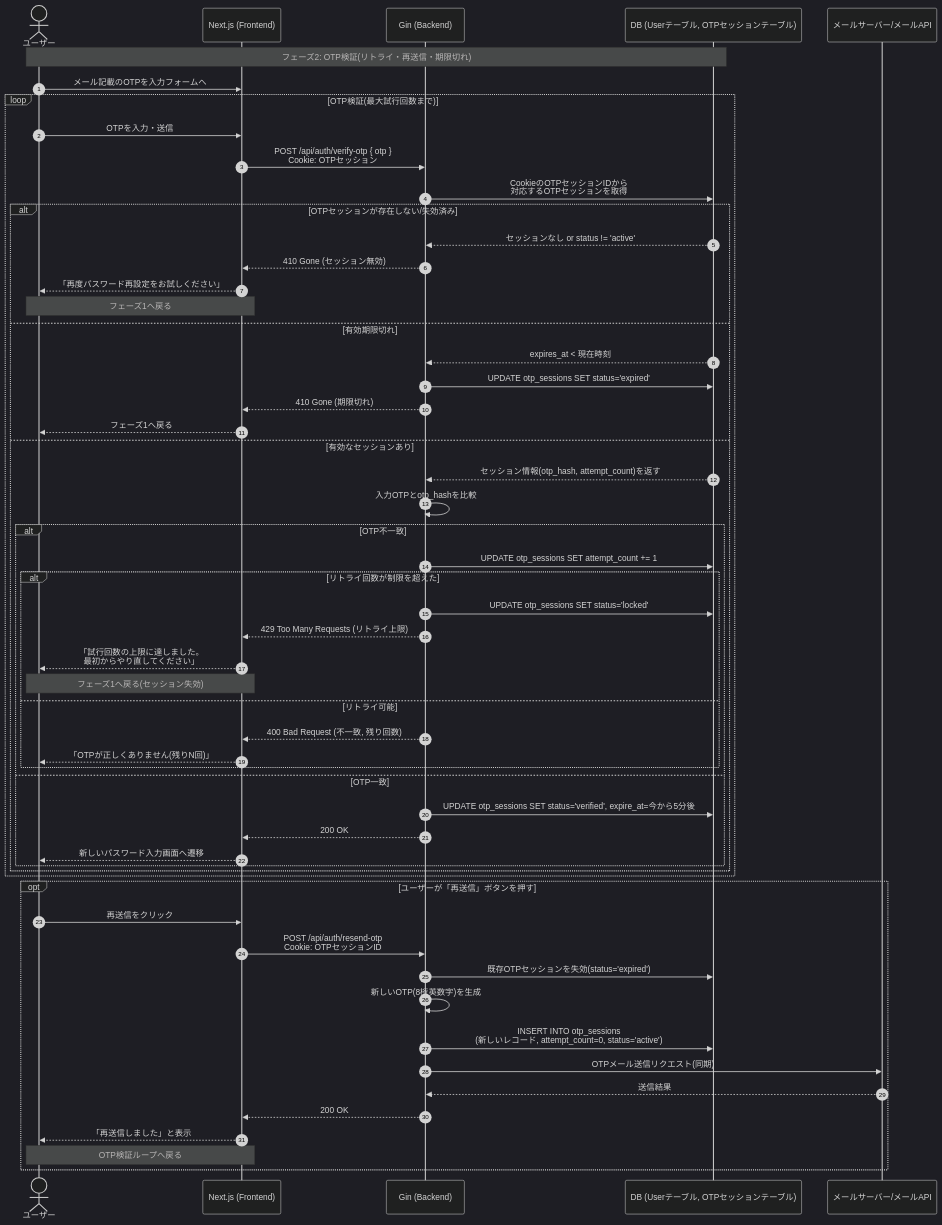
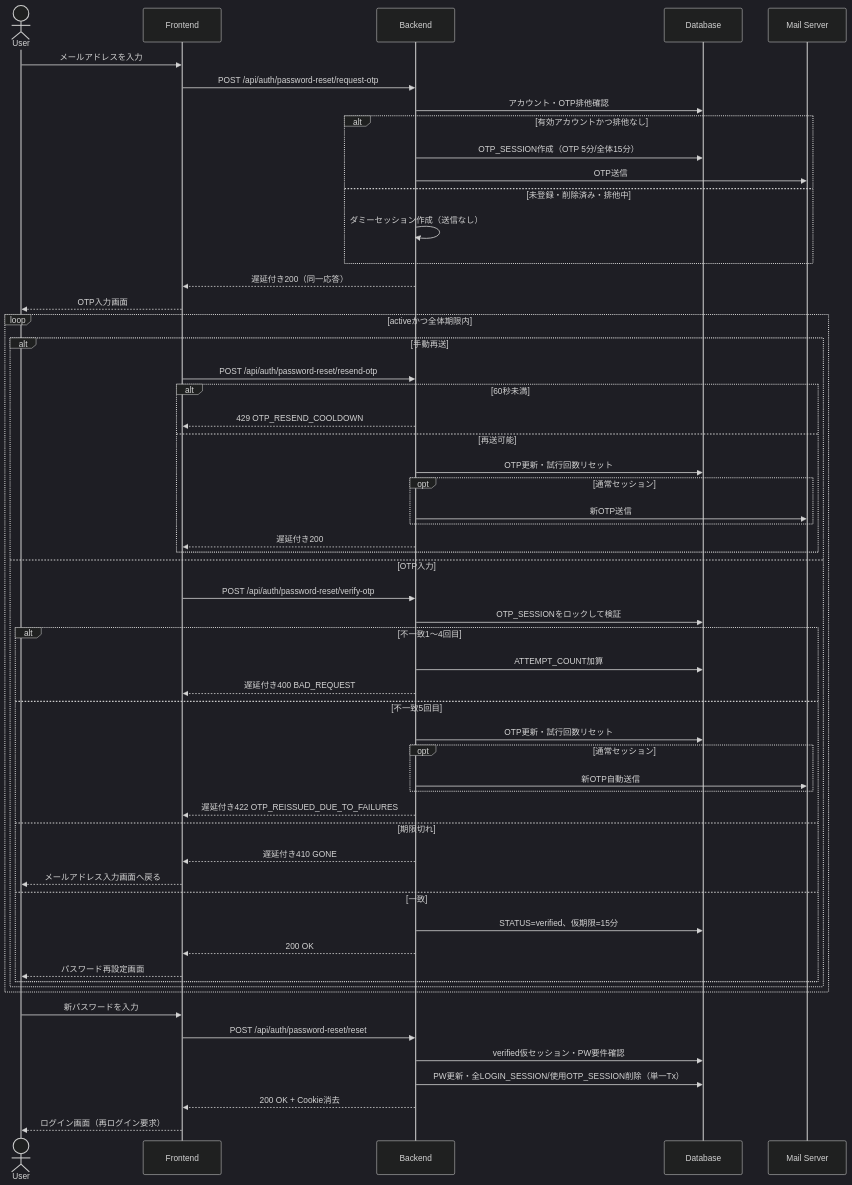
The diagram in docs/design/process_design/06_password_reset.md (TUS-TI-dev-team/SyncTask), drawn with Mermaid (dark theme) before and after one commit. The commit also changed other lines of this file and 7 other files, not shown here.

````diff
--- a/docs/design/process_design/06_password_reset.md
+++ b/docs/design/process_design/06_password_reset.md
@@ -50,64 +94,62 @@
 ```mermaid
 sequenceDiagram
-	autonumber
-	actor User as ユーザー
-	participant FE as Next.js (Frontend)
-	participant BE as Gin (Backend)
-	participant DB as DB (Userテーブル, OTPセッションテーブル)
-	participant Mail as メールサーバー/メールAPI
+    actor User
+    participant FE as Frontend
+    participant BE as Backend
+    participant DB as Database
+    participant Mail as Mail Server
 
-	Note over User,DB: フェーズ2: OTP検証(リトライ・再送信・期限切れ)
-	User->>FE: メール記載のOTPを入力フォームへ
+    User->>FE: メールアドレスを入力
+    FE->>BE: POST /api/auth/password-reset/request-otp
+    BE->>DB: アカウント・OTP排他確認
+    alt 有効アカウントかつ排他なし
+        BE->>DB: OTP_SESSION作成（OTP 5分/全体15分）
+        BE->>Mail: OTP送信
+    else 未登録・削除済み・排他中
+        BE->>BE: ダミーセッション作成（送信なし）
+    end
+    BE-->>FE: 遅延付き200（同一応答）
+    FE-->>User: OTP入力画面
 
-	loop OTP検証(最大試行回数まで)
-		User->>FE: OTPを入力・送信
-		FE->>BE: POST /api/auth/verify-otp { otp } <br>Cookie: OTPセッション
-		BE->>DB: CookieのOTPセッションIDから<br>対応するOTPセッションを取得
+    loop activeかつ全体期限内
+        alt 手動再送
+            FE->>BE: POST /api/auth/password-reset/resend-otp
+            alt 60秒未満
+                BE-->>FE: 429 OTP_RESEND_COOLDOWN
+            else 再送可能
+                BE->>DB: OTP更新・試行回数リセット
+                opt 通常セッション
+                    BE->>Mail: 新OTP送信
+                end
+                BE-->>FE: 遅延付き200
+            end
+        else OTP入力
+            FE->>BE: POST /api/auth/password-reset/verify-otp
+            BE->>DB: OTP_SESSIONをロックして検証
+            alt 不一致1〜4回目
+                BE->>DB: ATTEMPT_COUNT加算
+                BE-->>FE: 遅延付き400 BAD_REQUEST
+            else 不一致5回目
+                BE->>DB: OTP更新・試行回数リセット
+                opt 通常セッション
+                    BE->>Mail: 新OTP自動送信
+                end
+                BE-->>FE: 遅延付き422 OTP_REISSUED_DUE_TO_FAILURES
+            else 期限切れ
+                BE-->>FE: 遅延付き410 GONE
+                FE-->>User: メールアドレス入力画面へ戻る
+            else 一致
+                BE->>DB: STATUS=verified、仮期限=15分
+                BE-->>FE: 200 OK
+                FE-->>User: パスワード再設定画面
+            end
+        end
+    end
 
-		alt OTPセッションが存在しない/失効済み
-			DB-->>BE: セッションなし or status != 'active'
-			BE-->>FE: 410 Gone (セッション無効)
-			FE-->>User: 「再度パスワード再設定をお試しください」
-			Note over User,FE: フェーズ1へ戻る
-		else 有効期限切れ
-			DB-->>BE: expires_at < 現在時刻
-			BE->>DB: UPDATE otp_sessions SET status='expired'
-			BE-->>FE: 410 Gone (期限切れ)
-			FE-->>User: フェーズ1へ戻る
-		else 有効なセッションあり
-			DB-->>BE: セッション情報(otp_hash, attempt_count)を返す
-			BE->>BE: 入力OTPとotp_hashを比較
-
-			alt OTP不一致
-				BE->>DB: UPDATE otp_sessions SET attempt_count += 1
-
-				alt リトライ回数が制限を超えた
-					BE->>DB: UPDATE otp_sessions SET status='locked'
-					BE-->>FE: 429 Too Many Requests (リトライ上限)
-					FE-->>User: 「試行回数の上限に達しました。<br/>最初からやり直してください」
-					Note over User,FE: フェーズ1へ戻る(セッション失効)
-				else リトライ可能
-					BE-->>FE: 400 Bad Request (不一致, 残り回数)
-					FE-->>User: 「OTPが正しくありません(残りN回)」
-				end
-			else OTP一致
-				BE->>DB: UPDATE otp_sessions SET status='verified', expire_at=今から5分後
-				BE-->>FE: 200 OK
-				FE-->>User: 新しいパスワード入力画面へ遷移
-			end
-		end
-	end
-
-	opt ユーザーが「再送信」ボタンを押す
-		User->>FE: 再送信をクリック
-		FE->>BE: POST /api/auth/resend-otp<br>Cookie: OTPセッションID
-		BE->>DB: 既存OTPセッションを失効(status='expired')
-		BE->>BE: 新しいOTP(8桁英数字)を生成
-		BE->>DB: INSERT INTO otp_sessions<br/>(新しいレコード, attempt_count=0, status='active')
-		BE->>Mail: OTPメール送信リクエスト(同期)
-		Mail-->>BE: 送信結果
-		BE-->>FE: 200 OK
-		FE-->>User: 「再送信しました」と表示
-		Note over User,FE: OTP検証ループへ戻る
-	end
+    User->>FE: 新パスワードを入力
+    FE->>BE: POST /api/auth/password-reset/reset
+    BE->>DB: verified仮セッション・PW要件確認
+    BE->>DB: PW更新・全LOGIN_SESSION/使用OTP_SESSION削除（単一Tx）
+    BE-->>FE: 200 OK + Cookie消去
+    FE-->>User: ログイン画面（再ログイン要求）
 ```
````
